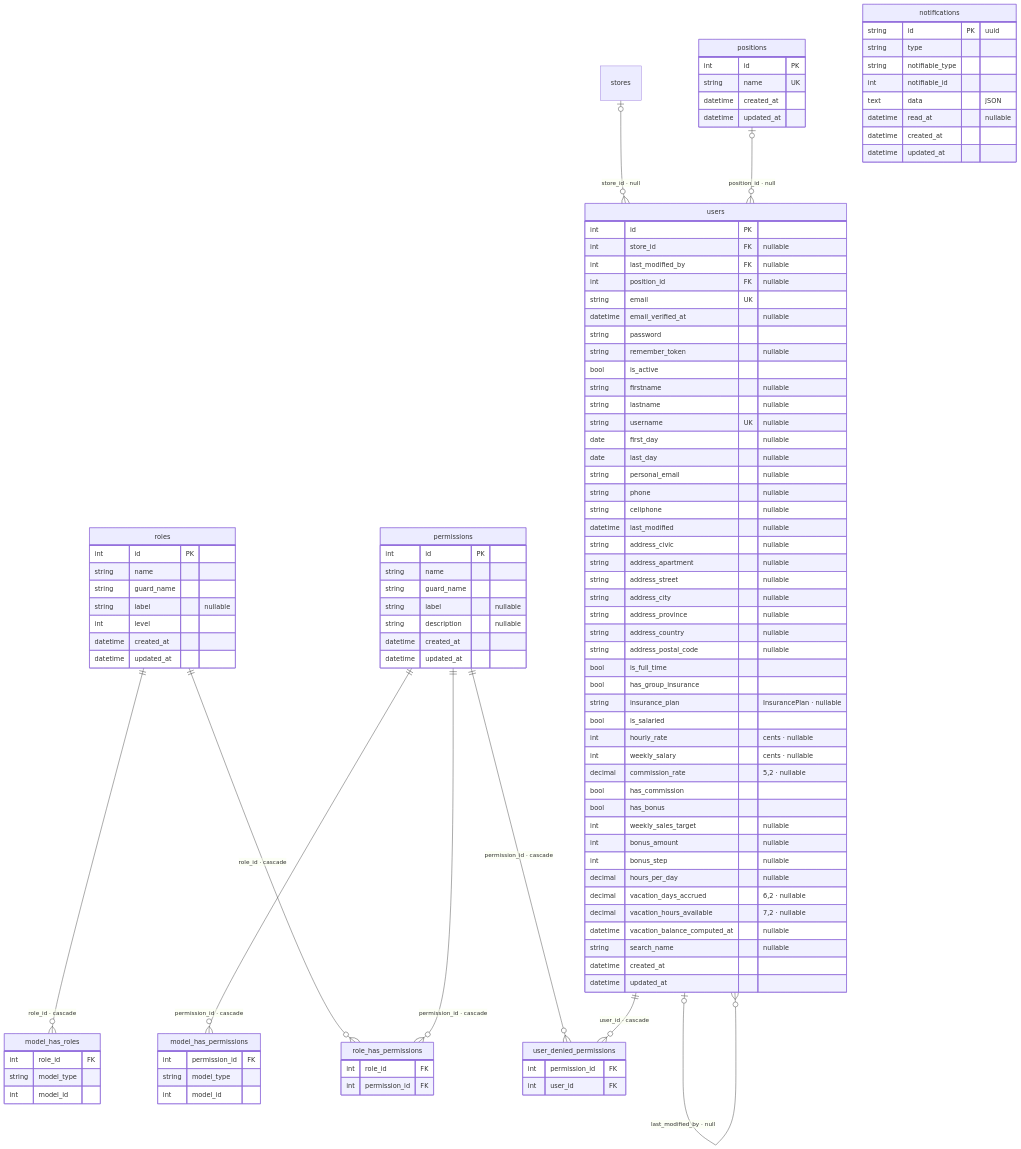
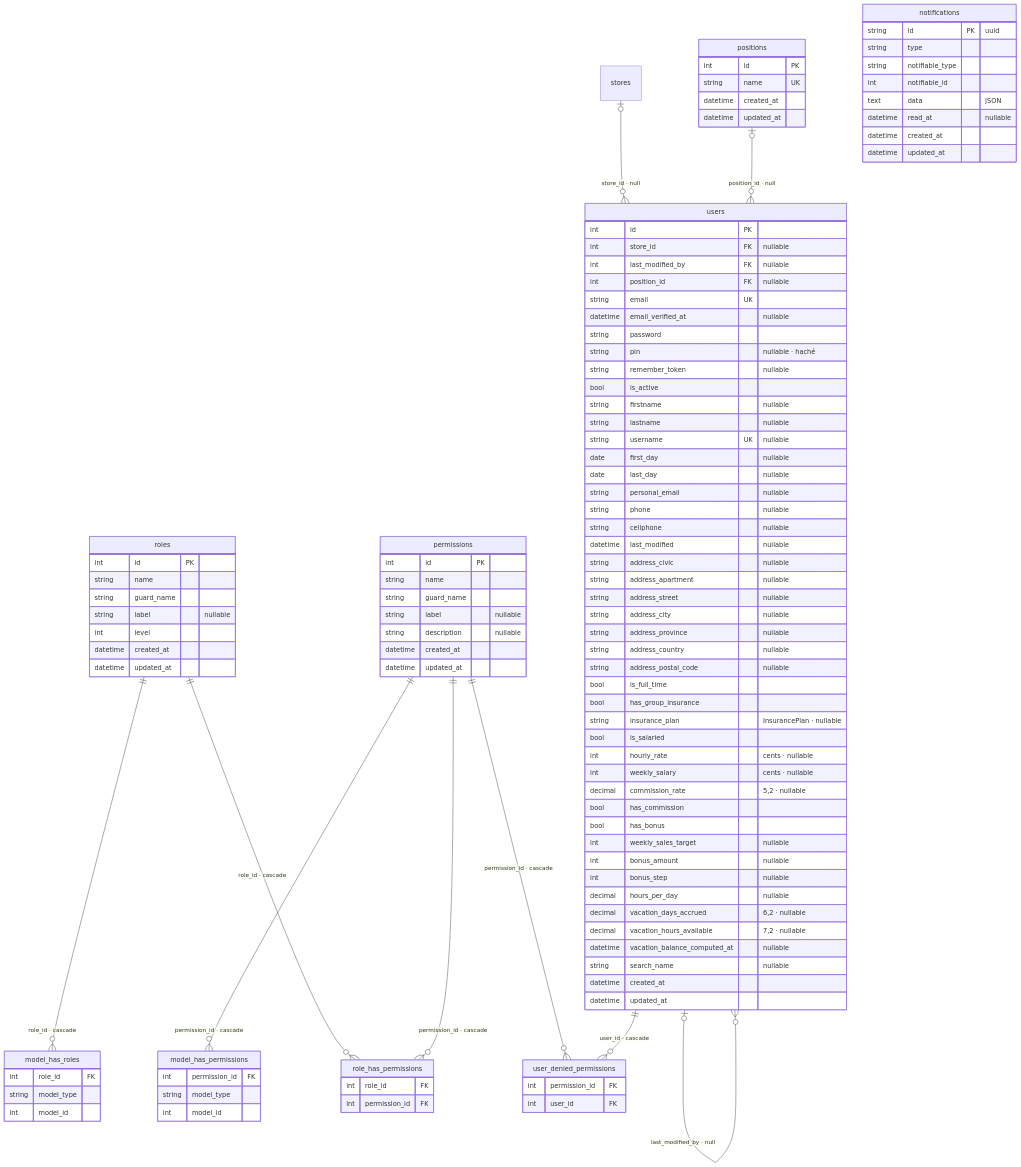
The ninth of 10 diagrams in dkor/docs/data-model.md (sebastienmarley/dkorpos), drawn with Mermaid before and after one commit. The commit also changed 30 other files, not shown here.

```diff
--- a/dkor/docs/data-model.md
+++ b/dkor/docs/data-model.md
@@ -1257,6 +1257,7 @@
         string email UK
         datetime email_verified_at "nullable"
         string password
+        string pin "nullable · haché"
         string remember_token "nullable"
         bool is_active
         string firstname "nullable"
```
